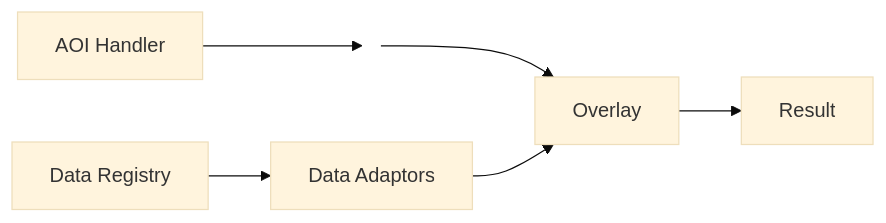
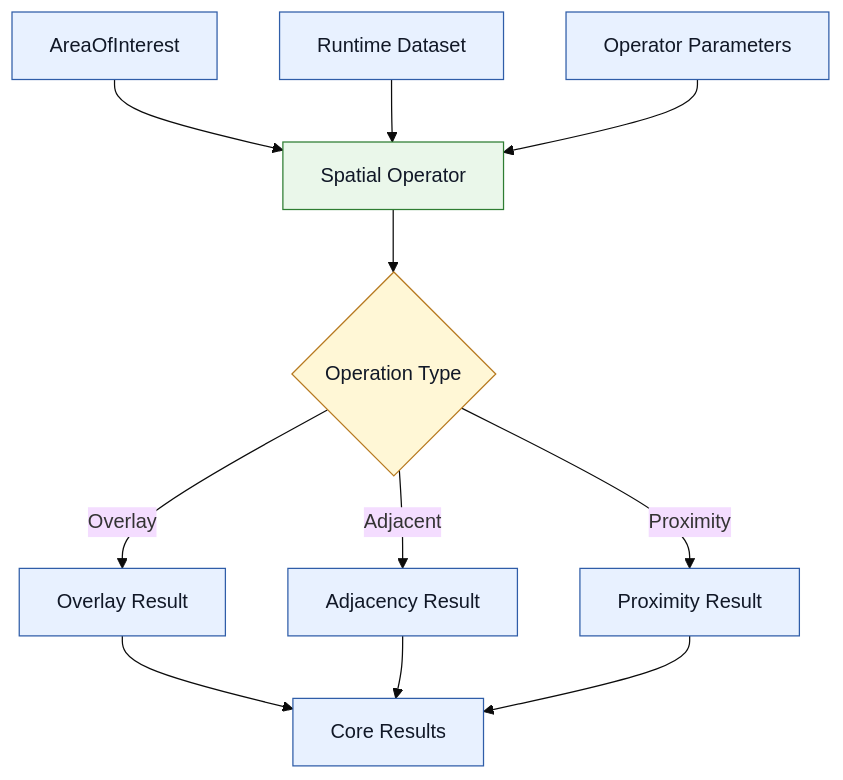
The fifth of 6 diagrams in ast_engine/README.md (bcgov/automated-statusing-tool), drawn with Mermaid (base theme) before and after one commit. The commit also changed other lines of this file, not shown here.

````diff
--- a/ast_engine/README.md
+++ b/ast_engine/README.md
@@ -36,15 +394,23 @@
 ```mermaid
-flowchart LR
-    style spacer fill:none,stroke:none
-    A[AOI Handler]
-    B[Overlay]
-    C[Result]
-    spacer(( ))
+flowchart TD
+    A[AreaOfInterest] --> D[Spatial Operator]
+    B[Runtime Dataset] --> D
+    C[Operator Parameters] --> D
 
-    A -->spacer --> B --> C
-        direction TD
-        D[Data Registry]
-        E[Data Adaptors]
-        D --> E --> B
-    
+    D --> E{Operation Type}
+    E -->|Overlay| F[Overlay Result]
+    E -->|Adjacent| G[Adjacency Result]
+    E -->|Proximity| H[Proximity Result]
+
+    F --> I[Core Results]
+    G --> I
+    H --> I
+
+    class A,B,C,F,G,H,I objectNode
+    class D processNode
+    class E validationNode
+
+    classDef objectNode fill:#E8F1FF,stroke:#2F5DA8,stroke-width:1px,color:#111827
+    classDef processNode fill:#EAF7EA,stroke:#2E7D32,stroke-width:1px,color:#111827
+    classDef validationNode fill:#FFF7D6,stroke:#B7791F,stroke-width:1px,color:#111827
 ```
````
